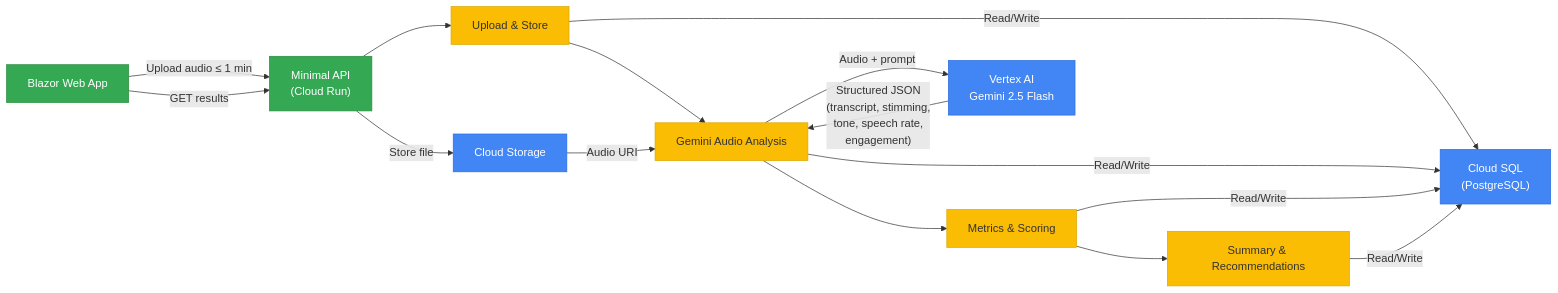
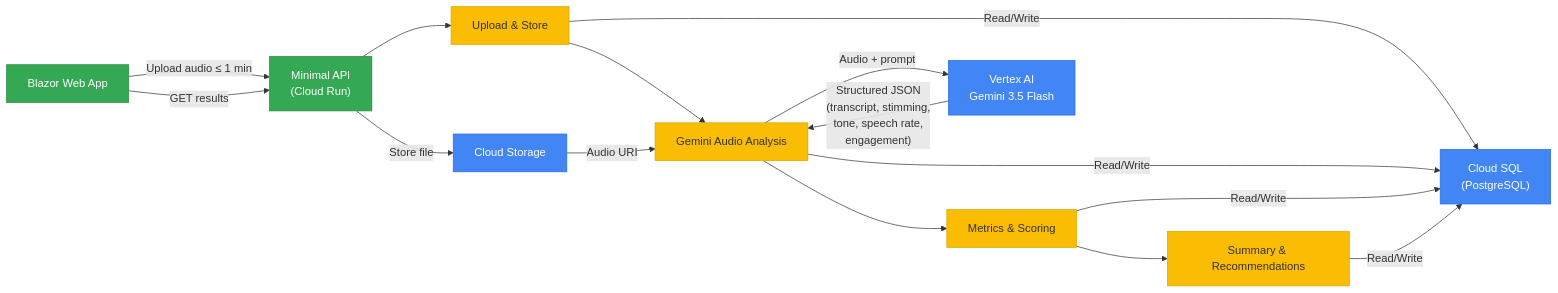
The first of 2 diagrams in architecture.md (fsi-hack4autism/uc1-multisensory-learning-analysis), drawn with Mermaid before and after one commit. The commit also changed other lines of this file, not shown here.

````diff
--- a/architecture.md
+++ b/architecture.md
@@ -9,22 +9,22 @@
 ```mermaid
 graph LR
     UI["Blazor Web App"] -->|"Upload audio ≤ 1 min"| API["Minimal API\n(Cloud Run)"]
     UI -->|"GET results"| API
 
     API -->|"Store file"| GCS["Cloud Storage"]
     API --> P1["Upload & Store"] --> P2["Gemini Audio Analysis"] --> P3["Metrics & Scoring"] --> P4["Summary & Recommendations"]
 
     GCS -->|"Audio URI"| P2
-    P2 -->|"Audio + prompt"| GEMINI["Vertex AI\nGemini 2.5 Flash"]
+    P2 -->|"Audio + prompt"| GEMINI["Vertex AI\nGemini 3.5 Flash"]
     GEMINI -->|"Structured JSON\n(transcript, stimming,\ntone, speech rate,\nengagement)"| P2
 
     P1 & P2 & P3 & P4 -->|"Read/Write"| SQL["Cloud SQL\n(PostgreSQL)"]
 
     classDef gcp fill:#4285F4,color:#fff,stroke:#2a6ae0
     classDef app fill:#34A853,color:#fff,stroke:#2a8a3e
     classDef step fill:#FBBC04,color:#333,stroke:#d9a800
 
     class GCS,SQL,GEMINI gcp
     class UI,API app
     class P1,P2,P3,P4 step
 ```
````
